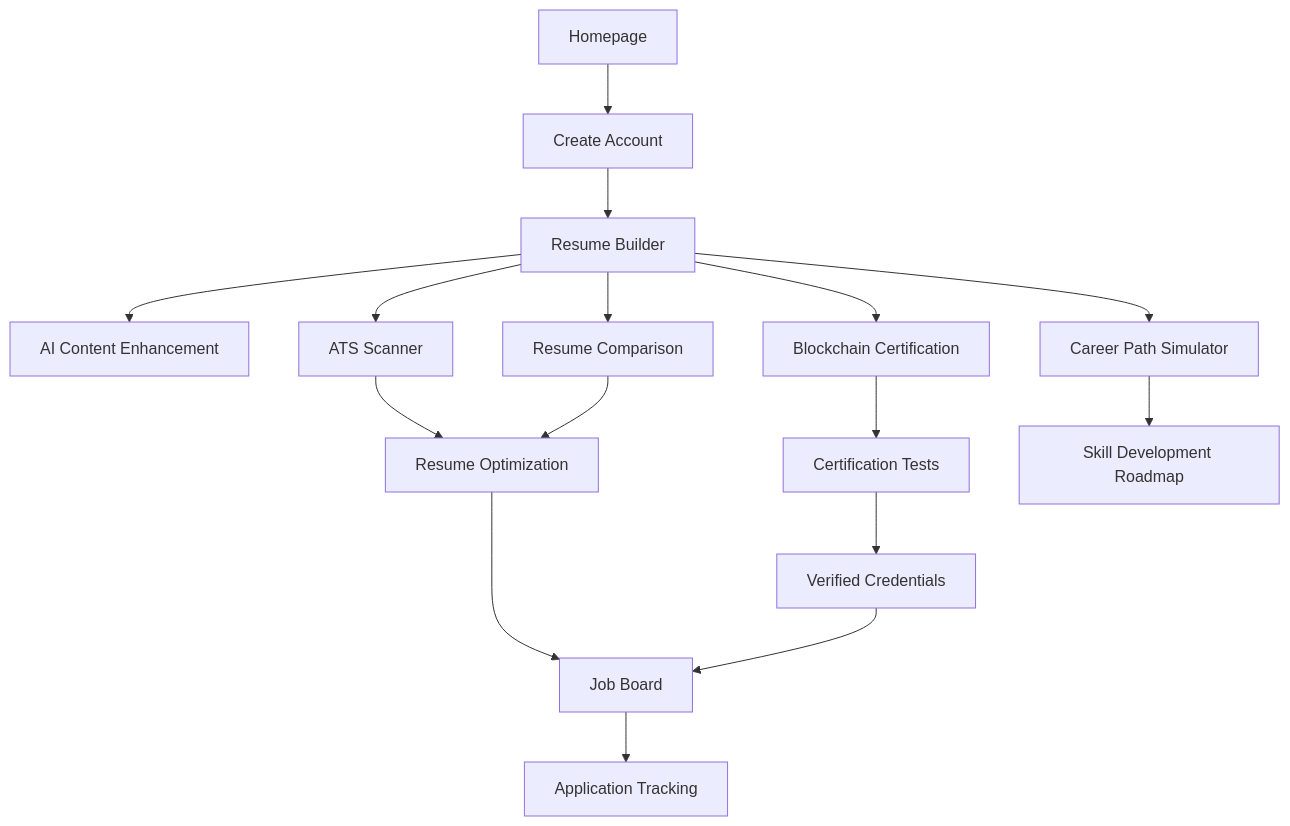
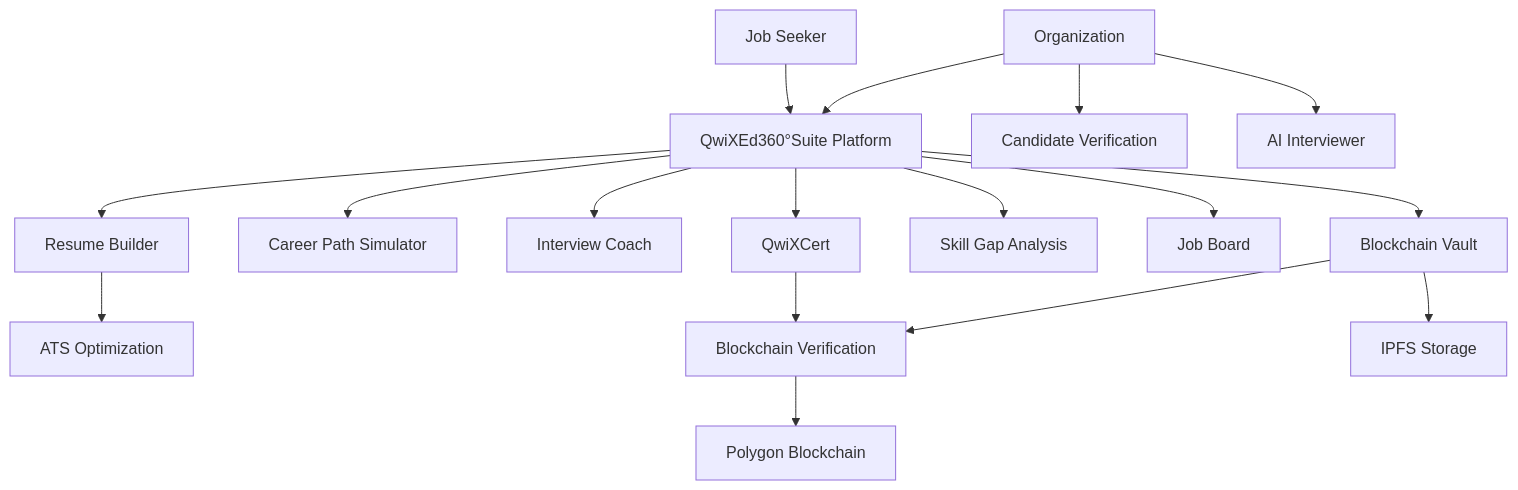
One commit to dspraneeth07/qwixcv-40-65 changed the diagram in README.md. Above: the diagram before and after it, drawn with Mermaid. The commit also changed other lines of this file, not shown here.

````diff
--- a/README.md
+++ b/README.md
@@ -40,18 +154,22 @@
 ```mermaid
 graph TD
-    A[Homepage] --> B[Create Account]
+    A[Job Seeker] --> B[QwiXEd360°Suite Platform]
     B --> C[Resume Builder]
-    C --> D[AI Content Enhancement]
-    C --> E[ATS Scanner]
-    C --> F[Resume Comparison]
-    C --> G[Blockchain Certification]
-    E --> H[Resume Optimization]
-    F --> H
-    G --> I[Certification Tests]
-    I --> J[Verified Credentials]
-    H --> K[Job Board]
-    J --> K
-    K --> L[Application Tracking]
-    C --> M[Career Path Simulator]
-    M --> N[Skill Development Roadmap]
+    B --> D[Career Path Simulator]
+    B --> E[Interview Coach]
+    B --> F[Blockchain Vault]
+    B --> G[Skill Gap Analysis]
+    B --> H[Job Board]
+    B --> I[QwiXCert]
+    
+    J[Organization] --> B
+    J --> K[Candidate Verification]
+    J --> L[AI Interviewer]
+    
+    C --> M[ATS Optimization]
+    I --> N[Blockchain Verification]
+    F --> N
+    
+    N --> O[Polygon Blockchain]
+    F --> P[IPFS Storage]
 ```
````
